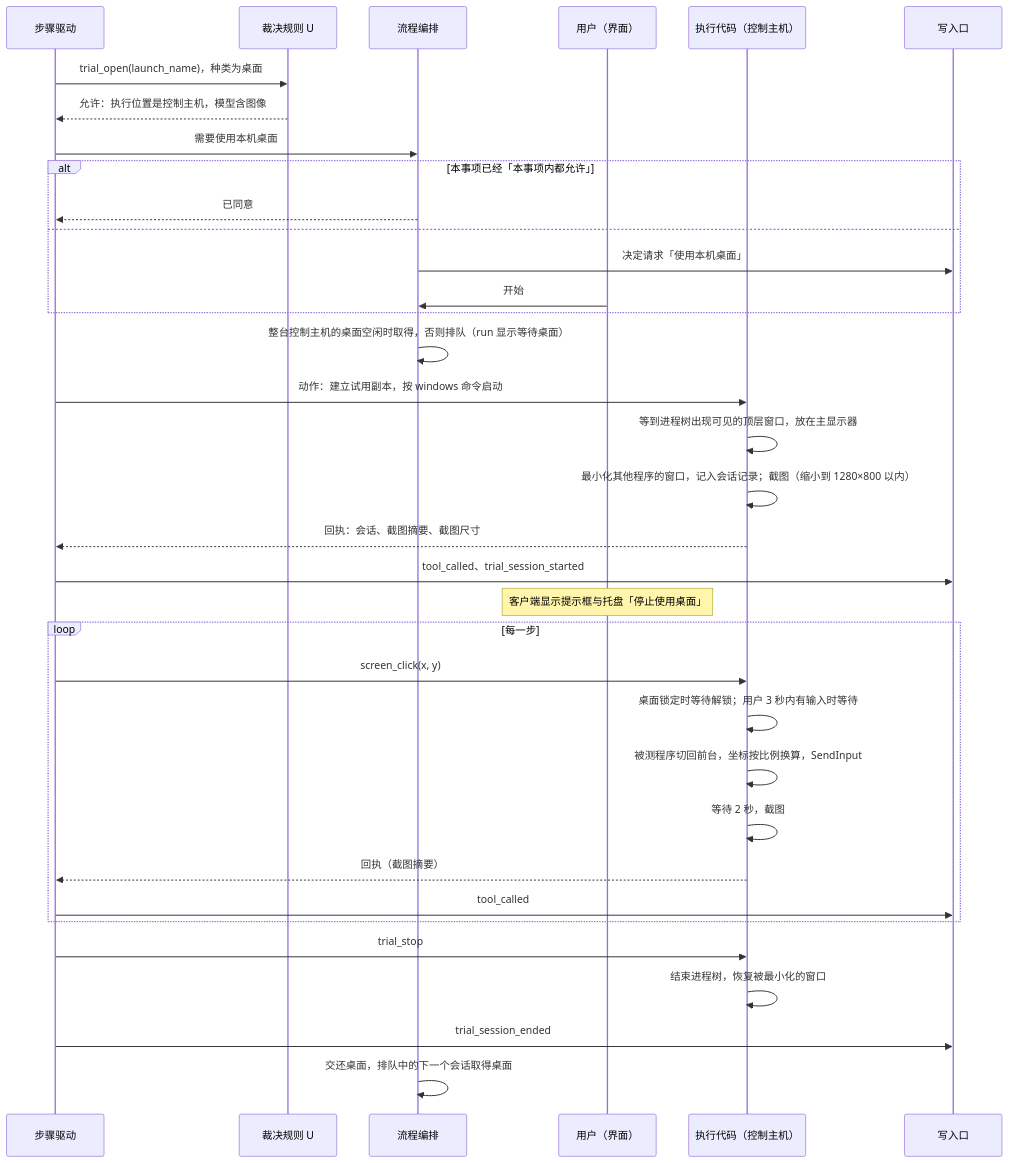
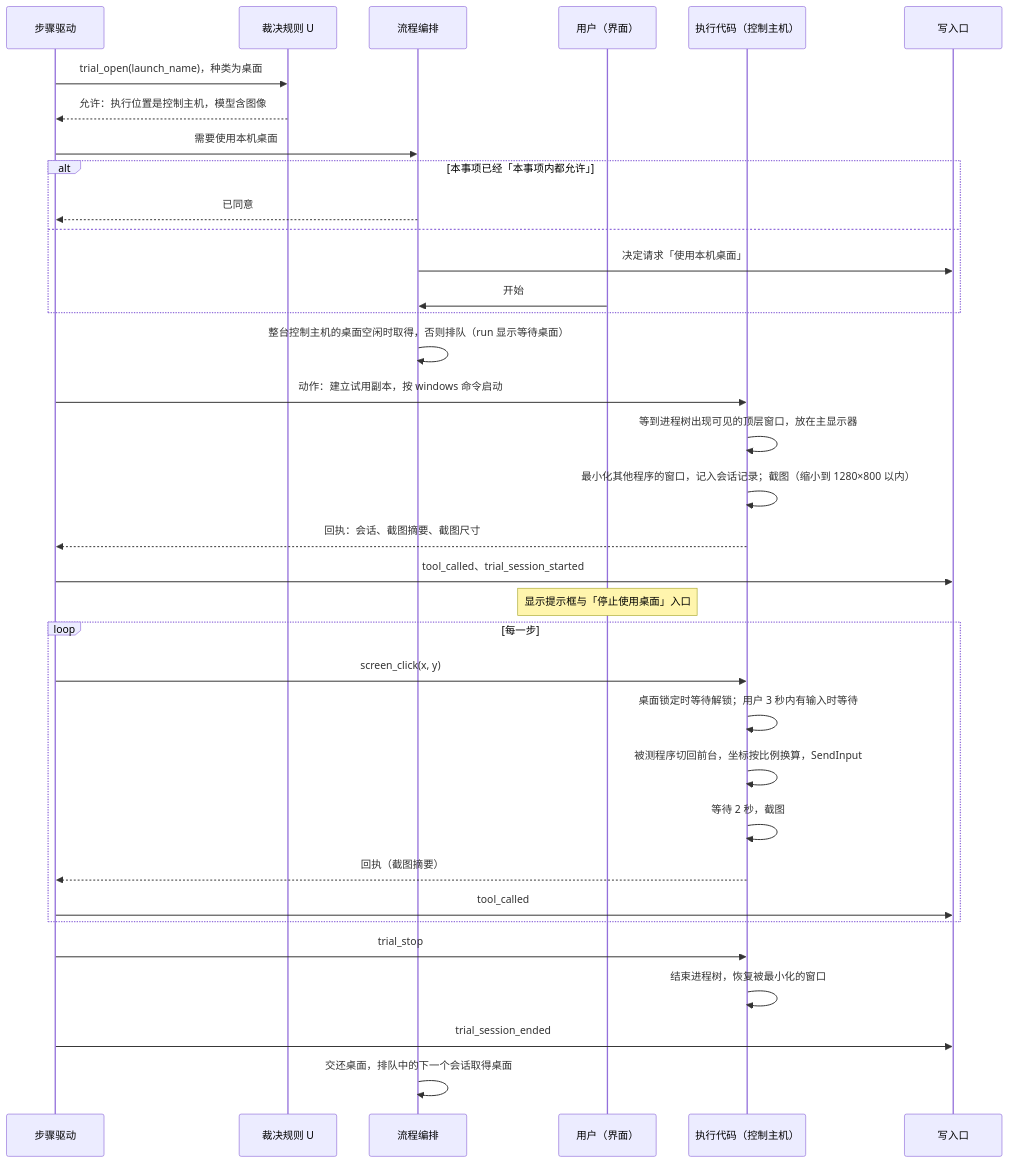
Before and after one commit to bender2333/yudao: the fourth of 5 diagrams in docs/design/browser-and-computer-use.md, drawn with Mermaid. The commit also changed other lines of this file and 183 other files, not shown here.

````diff
--- a/docs/design/browser-and-computer-use.md
+++ b/docs/design/browser-and-computer-use.md
@@ -474,37 +474,37 @@
 ```mermaid
 sequenceDiagram
   participant S as 步骤驱动
   participant U as 裁决规则 U
   participant O as 流程编排
   participant User as 用户（界面）
   participant A as 执行代码（控制主机）
   participant W as 写入口
   S->>U: trial_open(launch_name)，种类为桌面
   U-->>S: 允许：执行位置是控制主机，模型含图像
   S->>O: 需要使用本机桌面
   alt 本事项已经「本事项内都允许」
     O-->>S: 已同意
   else
     O->>W: 决定请求「使用本机桌面」
     User->>O: 开始
   end
   O->>O: 整台控制主机的桌面空闲时取得，否则排队（run 显示等待桌面）
   S->>A: 动作：建立试用副本，按 windows 命令启动
   A->>A: 等到进程树出现可见的顶层窗口，放在主显示器
   A->>A: 最小化其他程序的窗口，记入会话记录；截图（缩小到 1280×800 以内）
   A-->>S: 回执：会话、截图摘要、截图尺寸
   S->>W: tool_called、trial_session_started
-  Note over User: 客户端显示提示框与托盘「停止使用桌面」
+  Note over User: 显示提示框与「停止使用桌面」入口
   loop 每一步
     S->>A: screen_click(x, y)
     A->>A: 桌面锁定时等待解锁；用户 3 秒内有输入时等待
     A->>A: 被测程序切回前台，坐标按比例换算，SendInput
     A->>A: 等待 2 秒，截图
     A-->>S: 回执（截图摘要）
     S->>W: tool_called
   end
   S->>A: trial_stop
   A->>A: 结束进程树，恢复被最小化的窗口
   S->>W: trial_session_ended
   O->>O: 交还桌面，排队中的下一个会话取得桌面
 ```
````
